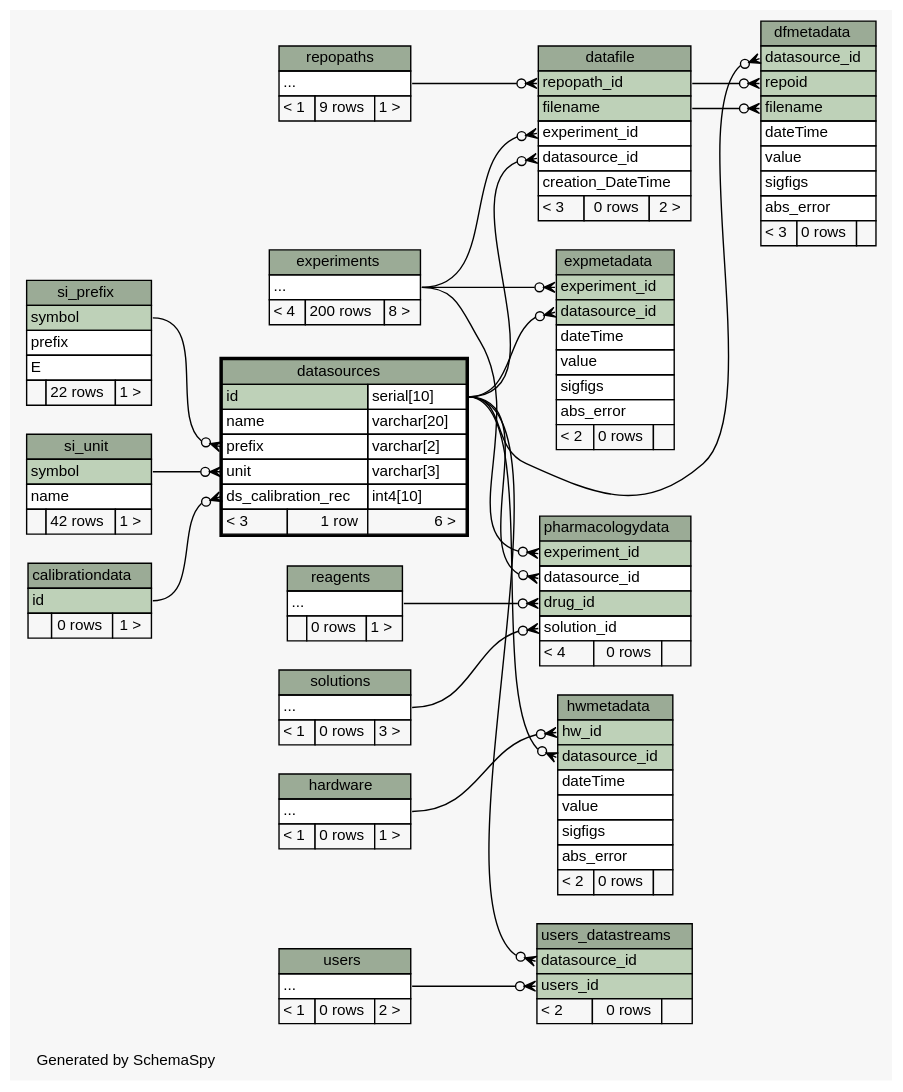
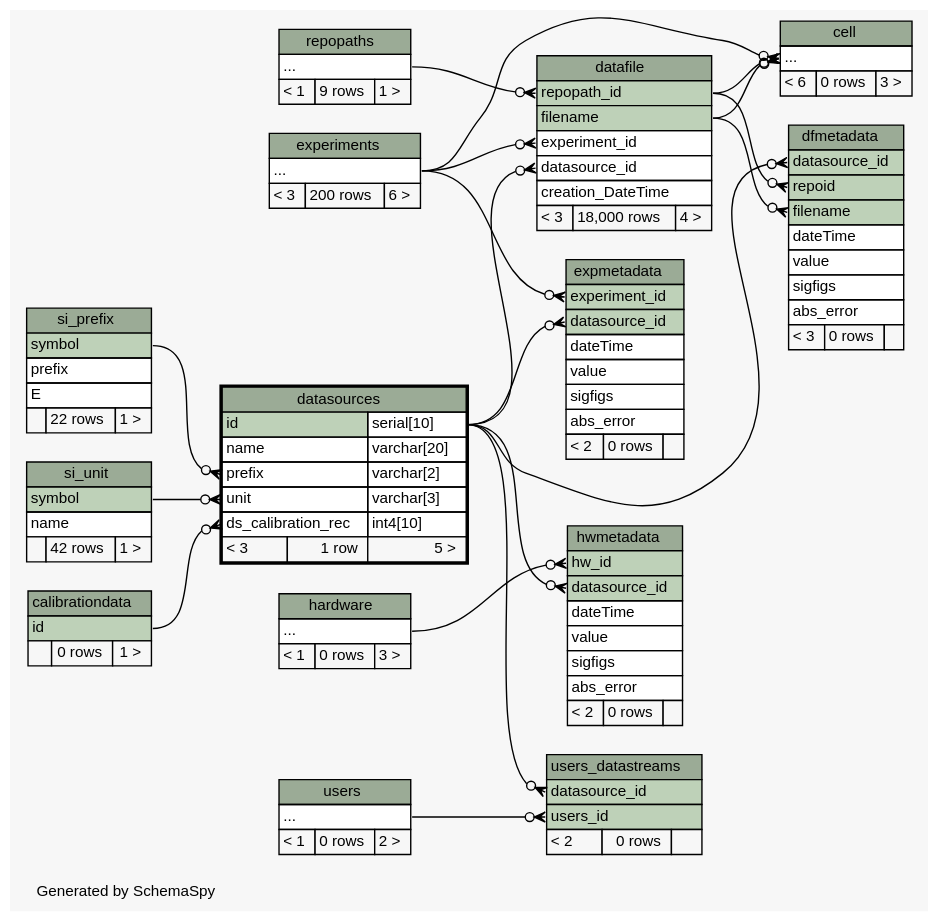
The diagram in database/ss/diagrams/datasources.2degrees.dot (tgbugs/mlab), drawn with Graphviz before and after one commit. The commit also changed 185 other files, not shown here.

```diff
--- a/database/ss/diagrams/datasources.2degrees.dot
+++ b/database/ss/diagrams/datasources.2degrees.dot
@@ -19,6 +19,9 @@
   edge [
     arrowsize="0.8"
   ];
+  "cell":"elipses":w -> "experiments":"elipses":e [arrowhead=none dir=back arrowtail=crowodot];
+  "cell":"elipses":w -> "datafile":"filename":e [arrowhead=none dir=back arrowtail=crowodot];
+  "cell":"elipses":w -> "datafile":"repopath_id":e [arrowhead=none dir=back arrowtail=crowodot];
   "datafile":"datasource_id":w -> "datasources":"id.type":e [arrowhead=none dir=back arrowtail=crowodot];
   "datafile":"experiment_id":w -> "experiments":"elipses":e [arrowhead=none dir=back arrowtail=crowodot];
   "datafile":"repopath_id":w -> "repopaths":"elipses":e [arrowhead=none dir=back arrowtail=crowodot];
@@ -32,10 +35,6 @@
   "expmetadata":"experiment_id":w -> "experiments":"elipses":e [arrowhead=none dir=back arrowtail=crowodot];
   "hwmetadata":"datasource_id":w -> "datasources":"id.type":e [arrowhead=none dir=back arrowtail=crowodot];
   "hwmetadata":"hw_id":w -> "hardware":"elipses":e [arrowhead=none dir=back arrowtail=crowodot];
-  "pharmacologydata":"datasource_id":w -> "datasources":"id.type":e [arrowhead=none dir=back arrowtail=crowodot];
-  "pharmacologydata":"drug_id":w -> "reagents":"elipses":e [arrowhead=none dir=back arrowtail=crowodot];
-  "pharmacologydata":"experiment_id":w -> "experiments":"elipses":e [arrowhead=none dir=back arrowtail=crowodot];
-  "pharmacologydata":"solution_id":w -> "solutions":"elipses":e [arrowhead=none dir=back arrowtail=crowodot];
   "users_datastreams":"datasource_id":w -> "datasources":"id.type":e [arrowhead=none dir=back arrowtail=crowodot];
   "users_datastreams":"users_id":w -> "users":"elipses":e [arrowhead=none dir=back arrowtail=crowodot];
   "calibrationdata" [
@@ -48,6 +47,16 @@
     URL="calibrationdata.html"
     tooltip="calibrationdata"
   ];
+  "cell" [
+    label=<
+    <TABLE BORDER="0" CELLBORDER="1" CELLSPACING="0" BGCOLOR="#ffffff">
+      <TR><TD COLSPAN="3" BGCOLOR="#9bab96" ALIGN="CENTER">cell</TD></TR>
+      <TR><TD PORT="elipses" COLSPAN="3" ALIGN="LEFT">...</TD></TR>
+      <TR><TD ALIGN="LEFT" BGCOLOR="#f7f7f7">&lt; 6</TD><TD ALIGN="RIGHT" BGCOLOR="#f7f7f7">0 rows</TD><TD ALIGN="RIGHT" BGCOLOR="#f7f7f7">3 &gt;</TD></TR>
+    </TABLE>>
+    URL="cell.html"
+    tooltip="cell"
+  ];
   "datafile" [
     label=<
     <TABLE BORDER="0" CELLBORDER="1" CELLSPACING="0" BGCOLOR="#ffffff">
@@ -57,7 +66,7 @@
       <TR><TD PORT="experiment_id" COLSPAN="3" ALIGN="LEFT">experiment_id</TD></TR>
       <TR><TD PORT="datasource_id" COLSPAN="3" ALIGN="LEFT">datasource_id</TD></TR>
       <TR><TD PORT="creation_DateTime" COLSPAN="3" ALIGN="LEFT">creation_DateTime</TD></TR>
-      <TR><TD ALIGN="LEFT" BGCOLOR="#f7f7f7">&lt; 3</TD><TD ALIGN="RIGHT" BGCOLOR="#f7f7f7">0 rows</TD><TD ALIGN="RIGHT" BGCOLOR="#f7f7f7">2 &gt;</TD></TR>
+      <TR><TD ALIGN="LEFT" BGCOLOR="#f7f7f7">&lt; 3</TD><TD ALIGN="RIGHT" BGCOLOR="#f7f7f7">18,000 rows</TD><TD ALIGN="RIGHT" BGCOLOR="#f7f7f7">4 &gt;</TD></TR>
     </TABLE>>
     URL="datafile.html"
     tooltip="datafile"
@@ -71,7 +80,7 @@
       <TR><TD PORT="prefix" COLSPAN="2" ALIGN="LEFT">prefix</TD><TD PORT="prefix.type" ALIGN="LEFT">varchar[2]</TD></TR>
       <TR><TD PORT="unit" COLSPAN="2" ALIGN="LEFT">unit</TD><TD PORT="unit.type" ALIGN="LEFT">varchar[3]</TD></TR>
       <TR><TD PORT="ds_calibration_rec" COLSPAN="2" ALIGN="LEFT">ds_calibration_rec</TD><TD PORT="ds_calibration_rec.type" ALIGN="LEFT">int4[10]</TD></TR>
-      <TR><TD ALIGN="LEFT" BGCOLOR="#f7f7f7">&lt; 3</TD><TD ALIGN="RIGHT" BGCOLOR="#f7f7f7">1 row</TD><TD ALIGN="RIGHT" BGCOLOR="#f7f7f7">6 &gt;</TD></TR>
+      <TR><TD ALIGN="LEFT" BGCOLOR="#f7f7f7">&lt; 3</TD><TD ALIGN="RIGHT" BGCOLOR="#f7f7f7">1 row</TD><TD ALIGN="RIGHT" BGCOLOR="#f7f7f7">5 &gt;</TD></TR>
     </TABLE>>
     URL="datasources.html"
     tooltip="datasources"
@@ -97,7 +106,7 @@
     <TABLE BORDER="0" CELLBORDER="1" CELLSPACING="0" BGCOLOR="#ffffff">
       <TR><TD COLSPAN="3" BGCOLOR="#9bab96" ALIGN="CENTER">experiments</TD></TR>
       <TR><TD PORT="elipses" COLSPAN="3" ALIGN="LEFT">...</TD></TR>
-      <TR><TD ALIGN="LEFT" BGCOLOR="#f7f7f7">&lt; 4</TD><TD ALIGN="RIGHT" BGCOLOR="#f7f7f7">200 rows</TD><TD ALIGN="RIGHT" BGCOLOR="#f7f7f7">8 &gt;</TD></TR>
+      <TR><TD ALIGN="LEFT" BGCOLOR="#f7f7f7">&lt; 3</TD><TD ALIGN="RIGHT" BGCOLOR="#f7f7f7">200 rows</TD><TD ALIGN="RIGHT" BGCOLOR="#f7f7f7">6 &gt;</TD></TR>
     </TABLE>>
     URL="experiments.html"
     tooltip="experiments"
@@ -122,7 +131,7 @@
     <TABLE BORDER="0" CELLBORDER="1" CELLSPACING="0" BGCOLOR="#ffffff">
       <TR><TD COLSPAN="3" BGCOLOR="#9bab96" ALIGN="CENTER">hardware</TD></TR>
       <TR><TD PORT="elipses" COLSPAN="3" ALIGN="LEFT">...</TD></TR>
-      <TR><TD ALIGN="LEFT" BGCOLOR="#f7f7f7">&lt; 1</TD><TD ALIGN="RIGHT" BGCOLOR="#f7f7f7">0 rows</TD><TD ALIGN="RIGHT" BGCOLOR="#f7f7f7">1 &gt;</TD></TR>
+      <TR><TD ALIGN="LEFT" BGCOLOR="#f7f7f7">&lt; 1</TD><TD ALIGN="RIGHT" BGCOLOR="#f7f7f7">0 rows</TD><TD ALIGN="RIGHT" BGCOLOR="#f7f7f7">3 &gt;</TD></TR>
     </TABLE>>
     URL="hardware.html"
     tooltip="hardware"
@@ -141,29 +150,6 @@
     </TABLE>>
     URL="hwmetadata.html"
     tooltip="hwmetadata"
-  ];
-  "pharmacologydata" [
-    label=<
-    <TABLE BORDER="0" CELLBORDER="1" CELLSPACING="0" BGCOLOR="#ffffff">
-      <TR><TD COLSPAN="3" BGCOLOR="#9bab96" ALIGN="CENTER">pharmacologydata</TD></TR>
-      <TR><TD PORT="experiment_id" COLSPAN="3" BGCOLOR="#bed1b8" ALIGN="LEFT">experiment_id</TD></TR>
-      <TR><TD PORT="datasource_id" COLSPAN="3" ALIGN="LEFT">datasource_id</TD></TR>
-      <TR><TD PORT="drug_id" COLSPAN="3" BGCOLOR="#bed1b8" ALIGN="LEFT">drug_id</TD></TR>
-      <TR><TD PORT="solution_id" COLSPAN="3" ALIGN="LEFT">solution_id</TD></TR>
-      <TR><TD ALIGN="LEFT" BGCOLOR="#f7f7f7">&lt; 4</TD><TD ALIGN="RIGHT" BGCOLOR="#f7f7f7">0 rows</TD><TD ALIGN="RIGHT" BGCOLOR="#f7f7f7">  </TD></TR>
-    </TABLE>>
-    URL="pharmacologydata.html"
-    tooltip="pharmacologydata"
-  ];
-  "reagents" [
-    label=<
-    <TABLE BORDER="0" CELLBORDER="1" CELLSPACING="0" BGCOLOR="#ffffff">
-      <TR><TD COLSPAN="3" BGCOLOR="#9bab96" ALIGN="CENTER">reagents</TD></TR>
-      <TR><TD PORT="elipses" COLSPAN="3" ALIGN="LEFT">...</TD></TR>
-      <TR><TD ALIGN="LEFT" BGCOLOR="#f7f7f7">  </TD><TD ALIGN="RIGHT" BGCOLOR="#f7f7f7">0 rows</TD><TD ALIGN="RIGHT" BGCOLOR="#f7f7f7">1 &gt;</TD></TR>
-    </TABLE>>
-    URL="reagents.html"
-    tooltip="reagents"
   ];
   "repopaths" [
     label=<
@@ -198,16 +184,6 @@
     URL="si_unit.html"
     tooltip="si_unit"
   ];
-  "solutions" [
-    label=<
-    <TABLE BORDER="0" CELLBORDER="1" CELLSPACING="0" BGCOLOR="#ffffff">
-      <TR><TD COLSPAN="3" BGCOLOR="#9bab96" ALIGN="CENTER">solutions</TD></TR>
-      <TR><TD PORT="elipses" COLSPAN="3" ALIGN="LEFT">...</TD></TR>
-      <TR><TD ALIGN="LEFT" BGCOLOR="#f7f7f7">&lt; 1</TD><TD ALIGN="RIGHT" BGCOLOR="#f7f7f7">0 rows</TD><TD ALIGN="RIGHT" BGCOLOR="#f7f7f7">3 &gt;</TD></TR>
-    </TABLE>>
-    URL="solutions.html"
-    tooltip="solutions"
-  ];
   "users" [
     label=<
     <TABLE BORDER="0" CELLBORDER="1" CELLSPACING="0" BGCOLOR="#ffffff">
```
